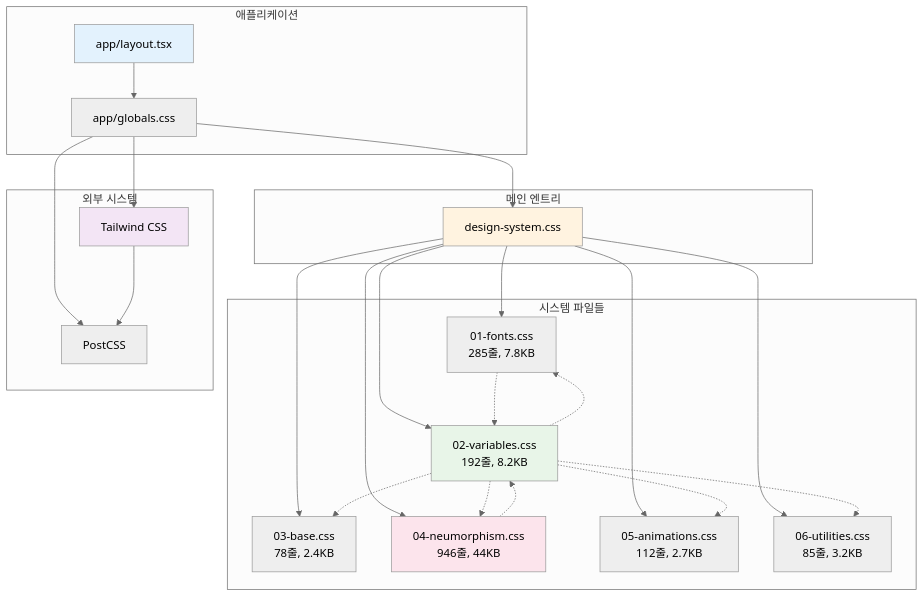
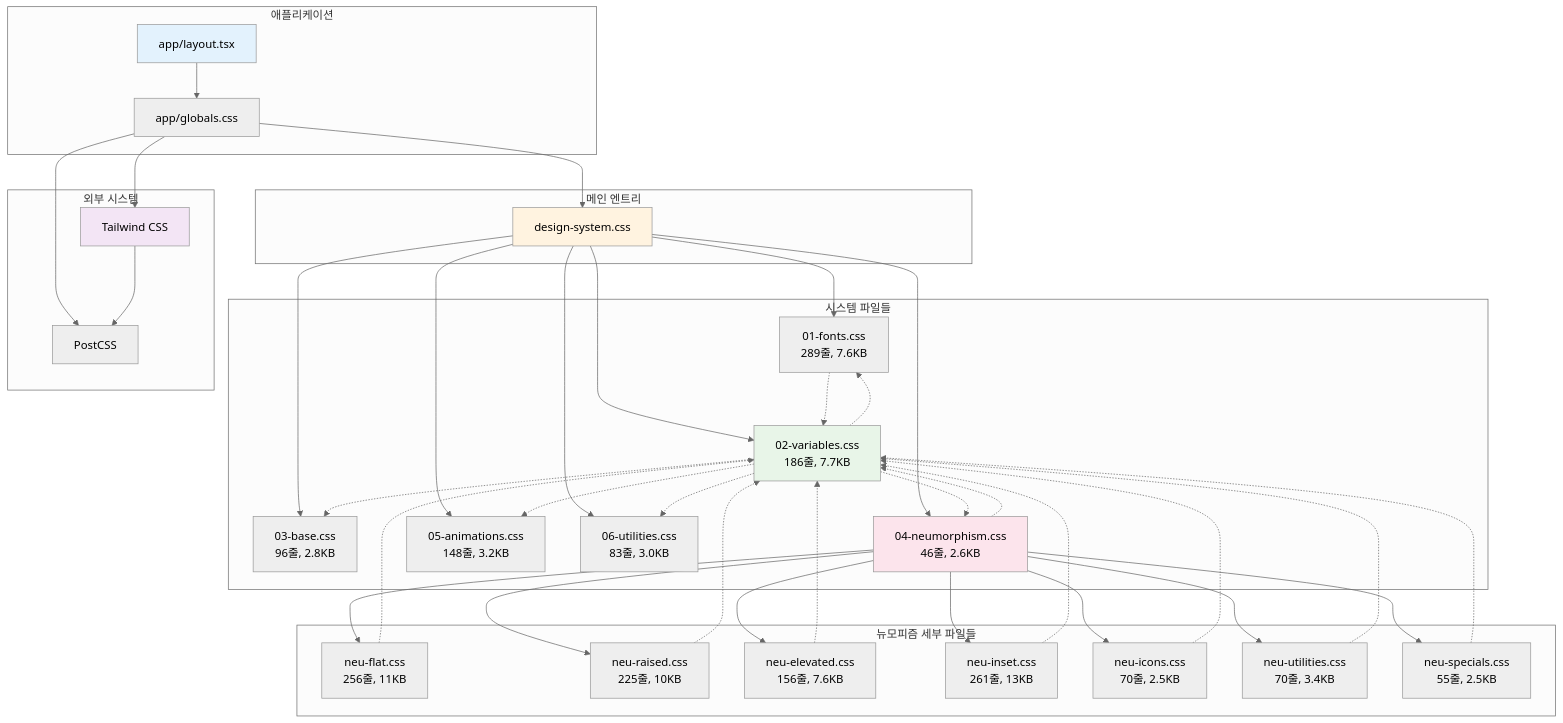
Before and after one commit to webcodur/next-temp: the seventh of 12 diagrams in src/styles/STYLE_GUIDE.md, drawn with Mermaid (neutral theme). The commit also changed other lines of this file and 77 other files, not shown here.

````diff
--- a/src/styles/STYLE_GUIDE.md
+++ b/src/styles/STYLE_GUIDE.md
@@ -321,54 +391,80 @@
 ```mermaid
 graph TD
     subgraph "애플리케이션"
         A[app/layout.tsx]
         B[app/globals.css]
     end
     
     subgraph "메인 엔트리"
         C[design-system.css]
     end
     
     subgraph "시스템 파일들"
-        D[01-fonts.css<br/>285줄, 7.8KB]
-        E[02-variables.css<br/>192줄, 8.2KB]
-        F[03-base.css<br/>78줄, 2.4KB]
-        G[04-neumorphism.css<br/>946줄, 44KB]
-        H[05-animations.css<br/>112줄, 2.7KB]
-        I[06-utilities.css<br/>85줄, 3.2KB]
+        D[01-fonts.css<br/>289줄, 7.6KB]
+        E[02-variables.css<br/>186줄, 7.7KB]
+        F[03-base.css<br/>96줄, 2.8KB]
+        G[04-neumorphism.css<br/>46줄, 2.6KB]
+        H[05-animations.css<br/>148줄, 3.2KB]
+        I[06-utilities.css<br/>83줄, 3.0KB]
+    end
+    
+    subgraph "뉴모피즘 세부 파일들"
+        J[neu-flat.css<br/>256줄, 11KB]
+        K[neu-raised.css<br/>225줄, 10KB]
+        L[neu-elevated.css<br/>156줄, 7.6KB]
+        M[neu-inset.css<br/>261줄, 13KB]
+        N[neu-icons.css<br/>70줄, 2.5KB]
+        O[neu-utilities.css<br/>70줄, 3.4KB]
+        P[neu-specials.css<br/>55줄, 2.5KB]
     end
     
     subgraph "외부 시스템"
-        J[Tailwind CSS]
-        K[PostCSS]
+        Q[Tailwind CSS]
+        R[PostCSS]
     end
     
     A --> B
     B --> C
-    B --> J
+    B --> Q
     
     C --> D
     C --> E
     C --> F
     C --> G
     C --> H
     C --> I
+    
+    G --> J
+    G --> K
+    G --> L
+    G --> M
+    G --> N
+    G --> O
+    G --> P
     
     E -.-> D
     E -.-> F
     E -.-> G
     E -.-> H
     E -.-> I
     
     G -.-> E
     D -.-> E
     
-    B --> K
-    J --> K
+    J -.-> E
+    K -.-> E
+    L -.-> E
+    M -.-> E
+    N -.-> E
+    O -.-> E
+    P -.-> E
+    
+    B --> R
+    Q --> R
     
     style A fill:#e3f2fd
     style C fill:#fff3e0
     style E fill:#e8f5e8
     style G fill:#fce4ec
-    style J fill:#f3e5f5
+    style Q fill:#f3e5f5
 ```
````
